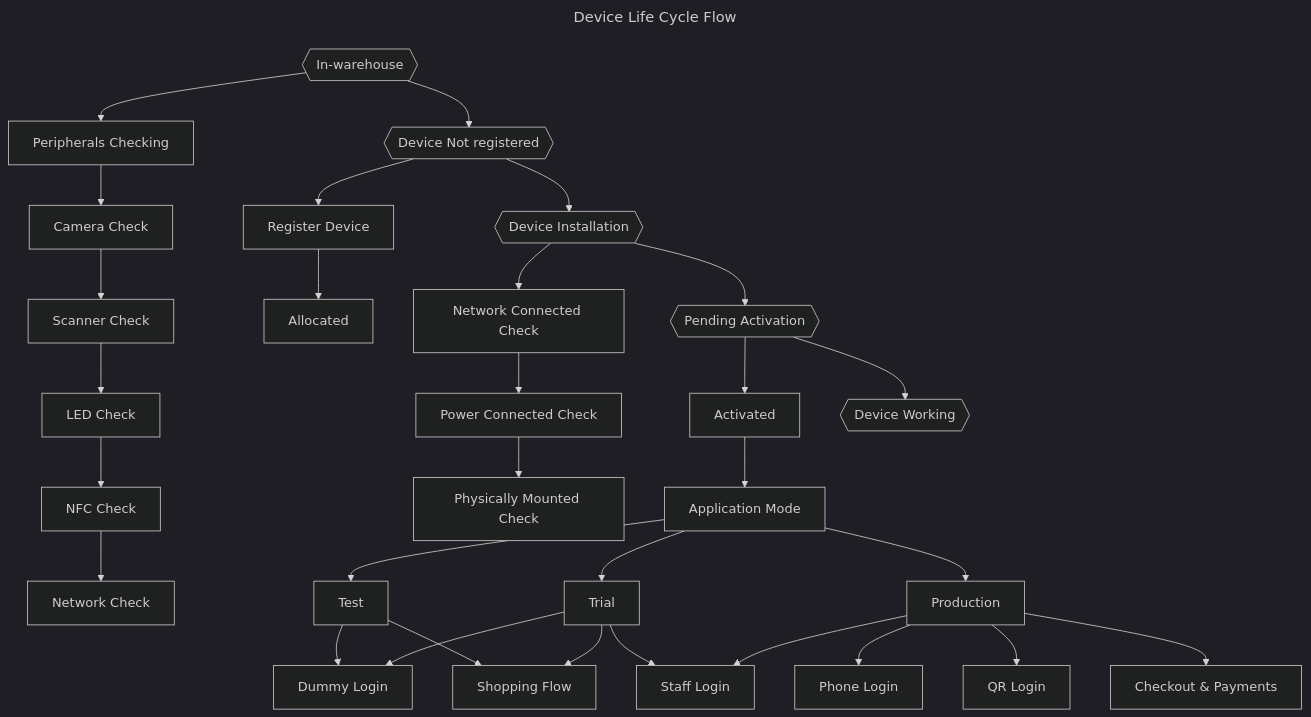
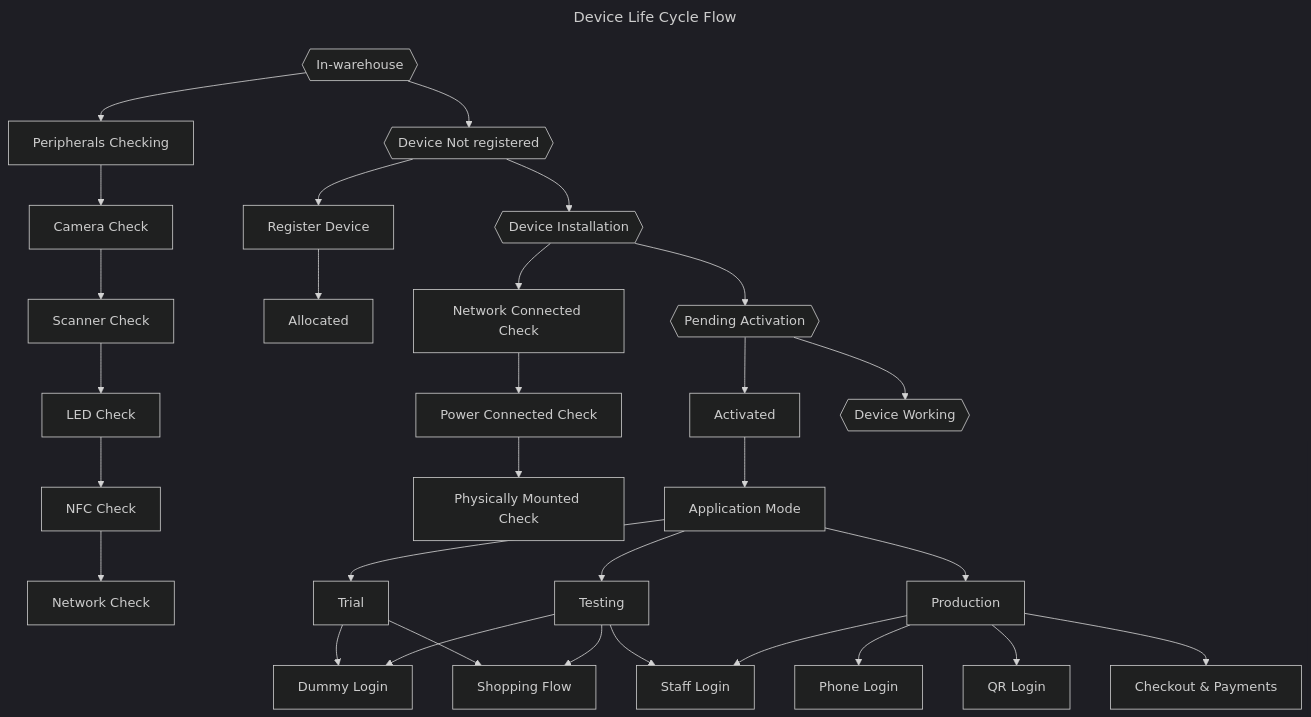
One commit to Ayush750502/PrologicTechnologies2025 changed the diagram in SkipQ/TO-DO 18-May-2026/README.MD. Above: the diagram before and after it, drawn with Mermaid (dark theme).

Commit message:
Correction

````diff
--- a/SkipQ/TO-DO 18-May-2026/README.MD
+++ b/SkipQ/TO-DO 18-May-2026/README.MD
@@ -7,72 +7,72 @@
 ```mermaid
 ---
 title: Device Life Cycle Flow
 ---
 flowchart TD
 	A{{In-warehouse}}
 	A1[Peripherals Checking]
 	A2[Camera Check]
 	A3[Scanner Check]
 	A4[LED Check]
 	A5[NFC Check]
 	A6[Network Check]
 
 	B{{Device Not registered}}
 	B1[Register Device]
 	B2[Allocated]
 
 	C{{Device Installation}}
 	C1[Network Connected Check]
 	C2[Power Connected Check]
 	C3[Physically Mounted Check]
 
 	D{{Pending Activation}}
 	D1[Activated]
 	D2[Application Mode]
-	D21[Test]
+	D21[Trial]
 	D211[Dummy Login]
 	D212[Shopping Flow]
-	D22[Trial]
+	D22[Testing]
 	D221[Staff Login]
 	D23[Production]
 	D231[Phone Login]
 	D232[QR Login]
 	D233[Checkout & Payments]
 
 	E{{Device Working}}
 
 	A --> B --> C --> D --> E
 
 	A --> A1 --> A2 --> A3 --> A4 --> A5 --> A6
 
 	B --> B1 --> B2
 
 	C --> C1 --> C2 --> C3
 
 	D --> D1 --> D2
 
 	D2 --> D21 
 
 	D2 --> D22
 
 	D2 --> D23
 
 	D21 --> D211
 
 	D21 --> D212
 
 	D22 --> D211
 
 	D22 --> D212
 
 	D22 --> D221
 
 	D23 --> D231
 
 	D23 --> D232
 
 	D23 --> D221
 
 	D23 --> D233
 
 ```
````
